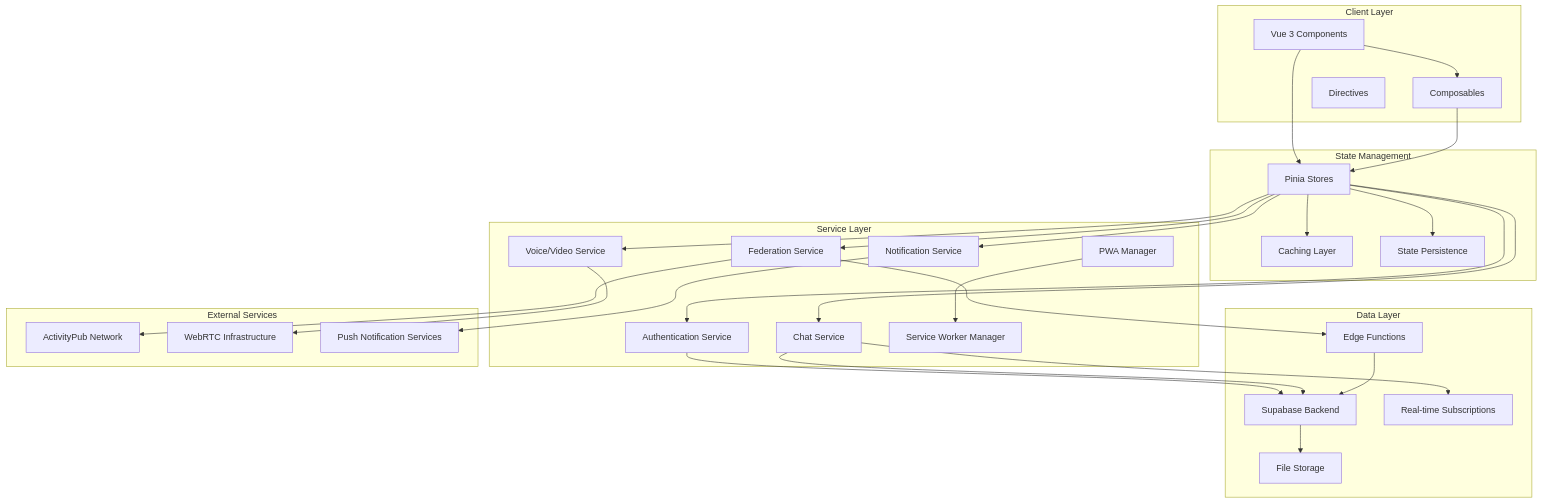
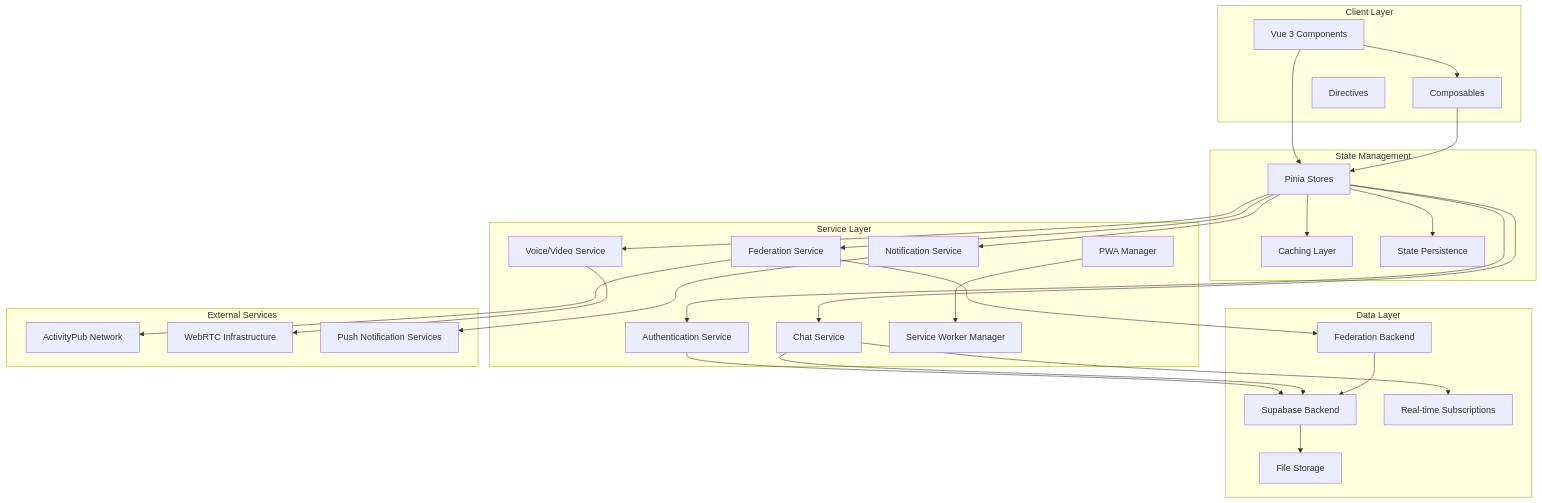
Before and after one commit to y4my4my4m/harmony: the first of 4 diagrams in docs/ARCHITECTURE.md, drawn with Mermaid. The commit also changed other lines of this file and 77 other files, not shown here.

````diff
--- a/docs/ARCHITECTURE.md
+++ b/docs/ARCHITECTURE.md
@@ -7,60 +7,60 @@
 ```mermaid
 graph TB
     subgraph "Client Layer"
         UI[Vue 3 Components]
         COMP[Composables]
         DIR[Directives]
     end
     
     subgraph "State Management"
         PINIA[Pinia Stores]
         CACHE[Caching Layer]
         PERSIST[State Persistence]
     end
     
     subgraph "Service Layer"
         AUTH_SVC[Authentication Service]
         CHAT_SVC[Chat Service]
         VOICE_SVC[Voice/Video Service]
         FED_SVC[Federation Service]
         NOTIF_SVC[Notification Service]
         PWA_SVC[PWA Manager]
         SW_SVC[Service Worker Manager]
     end
     
     subgraph "Data Layer"
         SUPABASE[Supabase Backend]
         REALTIME[Real-time Subscriptions]
         STORAGE[File Storage]
-        EDGE[Edge Functions]
+        FEDB[Federation Backend]
     end
     
     subgraph "External Services"
         ACTIVITYPUB[ActivityPub Network]
         WEBRTC[WebRTC Infrastructure]
         PUSH[Push Notification Services]
     end
     
     UI --> COMP
     UI --> PINIA
     COMP --> PINIA
     PINIA --> CACHE
     PINIA --> PERSIST
     PINIA --> AUTH_SVC
     PINIA --> CHAT_SVC
     PINIA --> VOICE_SVC
     PINIA --> FED_SVC
     PINIA --> NOTIF_SVC
     
     AUTH_SVC --> SUPABASE
     CHAT_SVC --> SUPABASE
     CHAT_SVC --> REALTIME
     VOICE_SVC --> WEBRTC
-    FED_SVC --> EDGE
+    FED_SVC --> FEDB
     FED_SVC --> ACTIVITYPUB
     NOTIF_SVC --> PUSH
     PWA_SVC --> SW_SVC
     
     SUPABASE --> STORAGE
-    EDGE --> SUPABASE
+    FEDB --> SUPABASE
 ```
````
